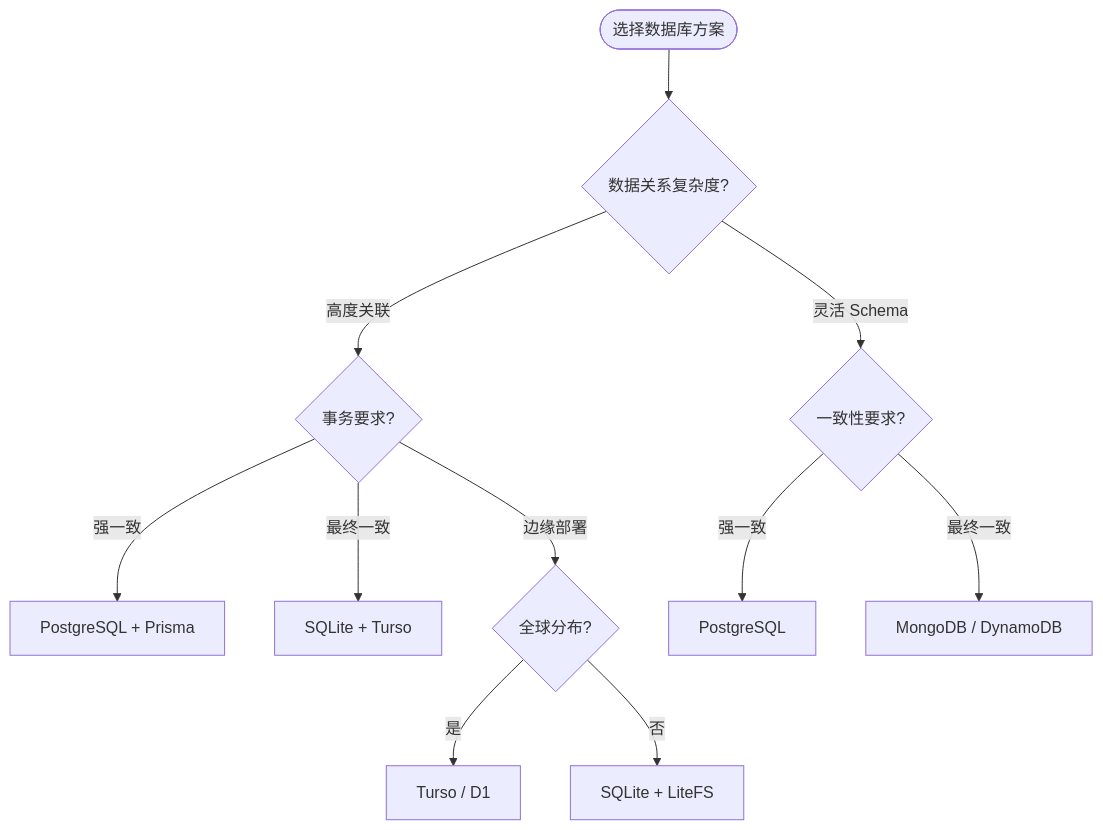
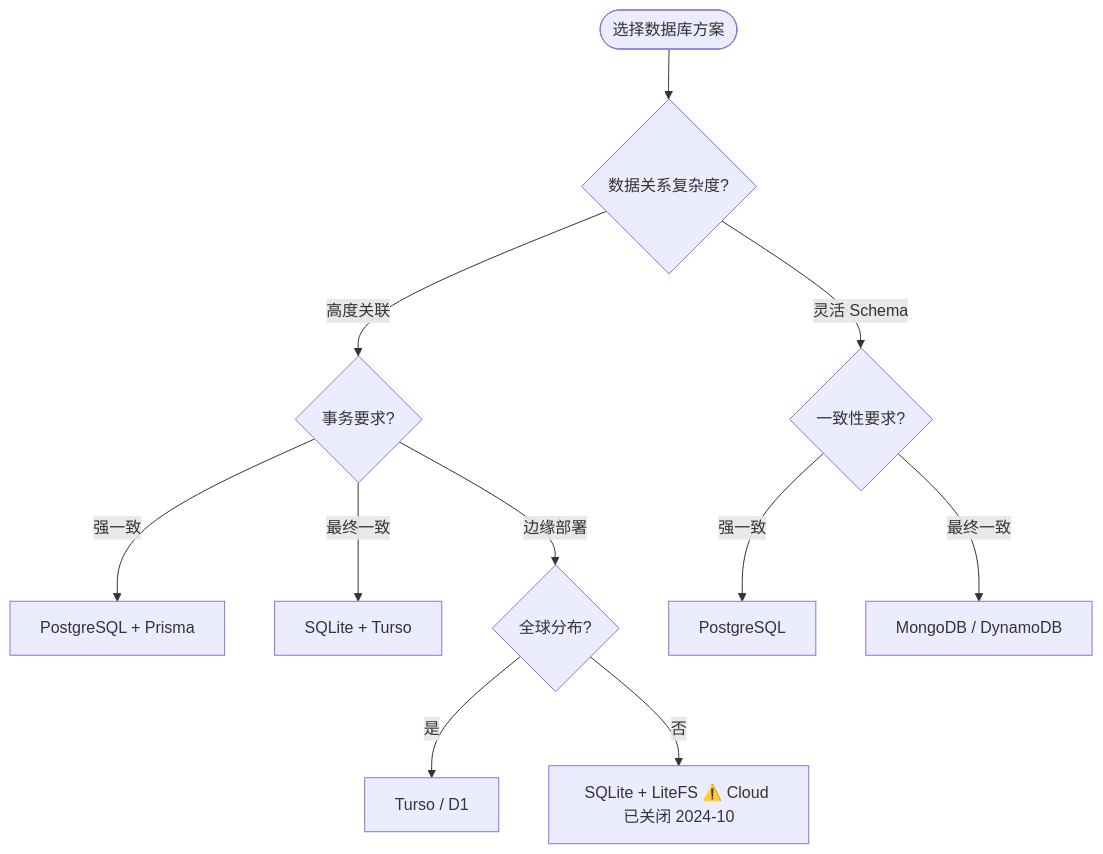
The second of 4 diagrams in website/examples/database/index.md (AdaMartin18010/JavaScriptTypeScript), drawn with Mermaid before and after one commit. The commit also changed 9 other files, not shown here.

````diff
--- a/website/examples/database/index.md
+++ b/website/examples/database/index.md
@@ -91,13 +91,13 @@
 ```mermaid
 flowchart TD
     Start([选择数据库方案]) --> Q1{数据关系复杂度?}
     Q1 -->|高度关联| Q2{事务要求?}
     Q1 -->|灵活 Schema| Q3{一致性要求?}
     Q2 -->|强一致| A1[PostgreSQL + Prisma]
     Q2 -->|最终一致| A2[SQLite + Turso]
     Q3 -->|强一致| A4[PostgreSQL]
     Q3 -->|最终一致| A5[MongoDB / DynamoDB]
     Q2 -->|边缘部署| Q4{全球分布?}
     Q4 -->|是| A3[Turso / D1]
-    Q4 -->|否| A6[SQLite + LiteFS]
+    Q4 -->|否| A6[SQLite + LiteFS ⚠️ Cloud 已关闭 2024-10]
 ```
````
